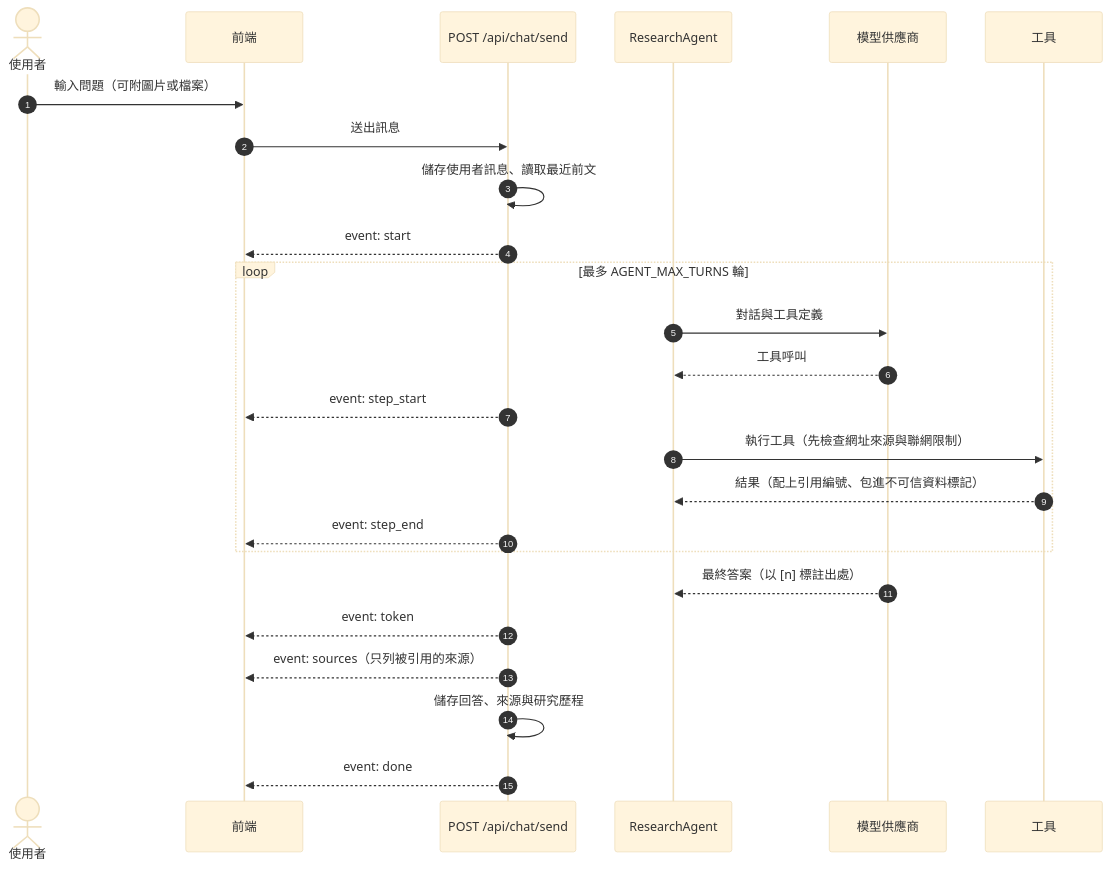
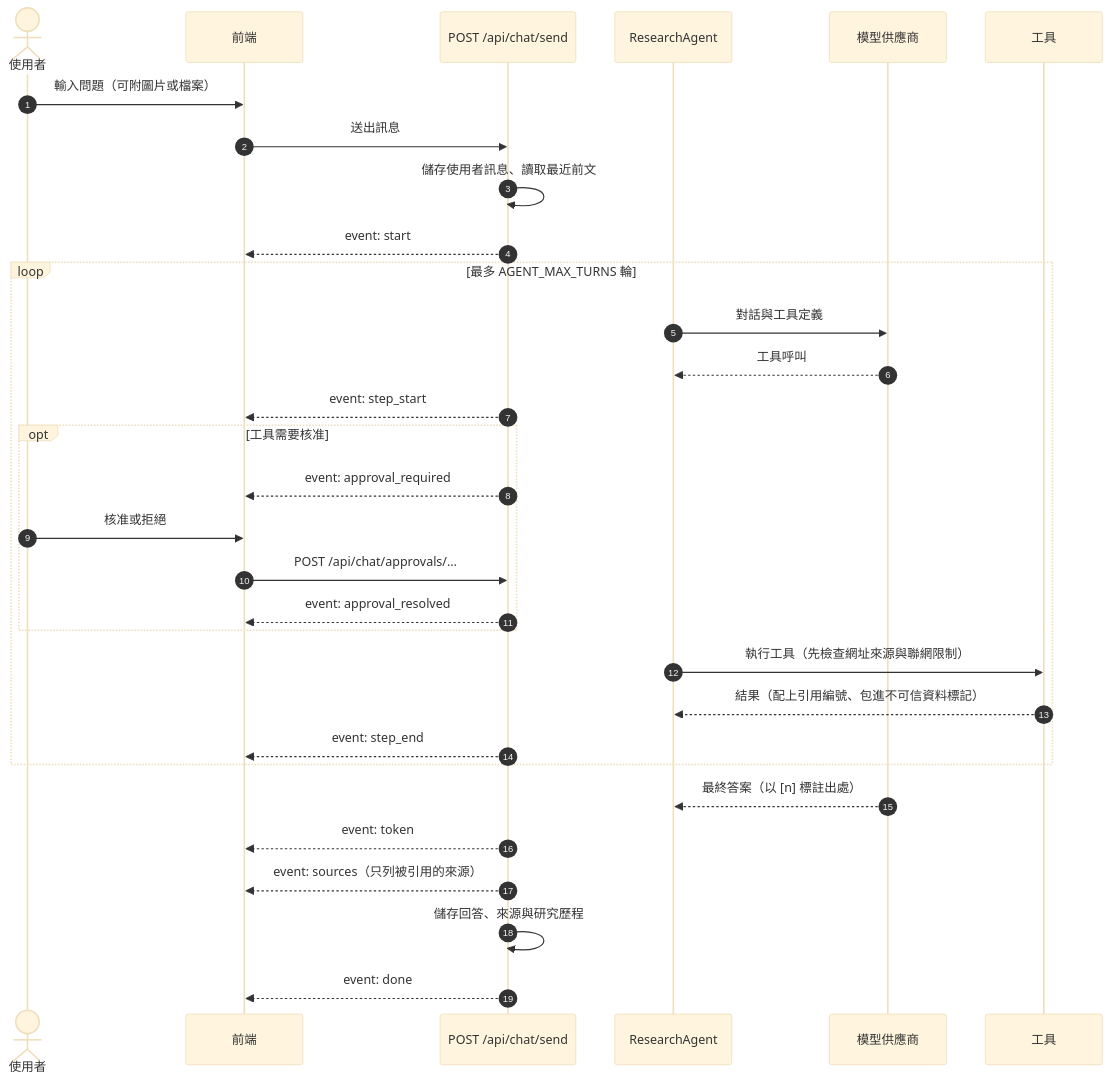
One commit to Scorpio-meow/AskMiao changed the third of 3 diagrams in README.md. Above: the diagram before and after it, drawn with Mermaid (base theme). The commit also changed other lines of this file and 84 other files, not shown here.

````diff
--- a/README.md
+++ b/README.md
@@ -231,28 +234,34 @@
 ```mermaid
 sequenceDiagram
     autonumber
     actor U as 使用者
     participant FE as 前端
     participant API as POST /api/chat/send
     participant AG as ResearchAgent
     participant LLM as 模型供應商
     participant T as 工具
 
     U->>FE: 輸入問題（可附圖片或檔案）
     FE->>API: 送出訊息
     API->>API: 儲存使用者訊息、讀取最近前文
     API-->>FE: event: start
     loop 最多 AGENT_MAX_TURNS 輪
         AG->>LLM: 對話與工具定義
         LLM-->>AG: 工具呼叫
         API-->>FE: event: step_start
+        opt 工具需要核准
+            API-->>FE: event: approval_required
+            U->>FE: 核准或拒絕
+            FE->>API: POST /api/chat/approvals/…
+            API-->>FE: event: approval_resolved
+        end
         AG->>T: 執行工具（先檢查網址來源與聯網限制）
         T-->>AG: 結果（配上引用編號、包進不可信資料標記）
         API-->>FE: event: step_end
     end
     LLM-->>AG: 最終答案（以 [n] 標註出處）
     API-->>FE: event: token
     API-->>FE: event: sources（只列被引用的來源）
     API->>API: 儲存回答、來源與研究歷程
     API-->>FE: event: done
 ```
````
